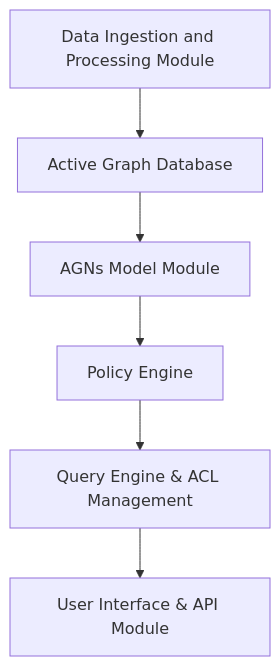
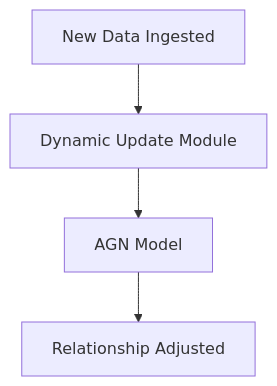
The diagram in 00_Whitepaper.md (TheGuyFromTheApprentice/ActiveGraphNetworks), drawn with Mermaid before and after one commit.

````diff
--- a/00_Whitepaper.md
+++ b/00_Whitepaper.md
@@ -3,8 +3,6 @@
 ```mermaid
 graph TD;
-    Data_Ingestion[Data Ingestion and Processing Module] --> AGDB[Active Graph Database];
-    AGDB --> AGNs_Model[AGNs Model Module];
-    AGNs_Model --> Policy_Engine[Policy Engine];
-    Policy_Engine --> Query_Engine[Query Engine & ACL Management];
-    Query_Engine --> UI_API[User Interface & API Module];
+    New_Data[New Data Ingested] --> Update_Module[Dynamic Update Module];
+    Update_Module --> AGN_Model[AGN Model];
+    AGN_Model --> Relationship_Change[Relationship Adjusted];
 ```
````
